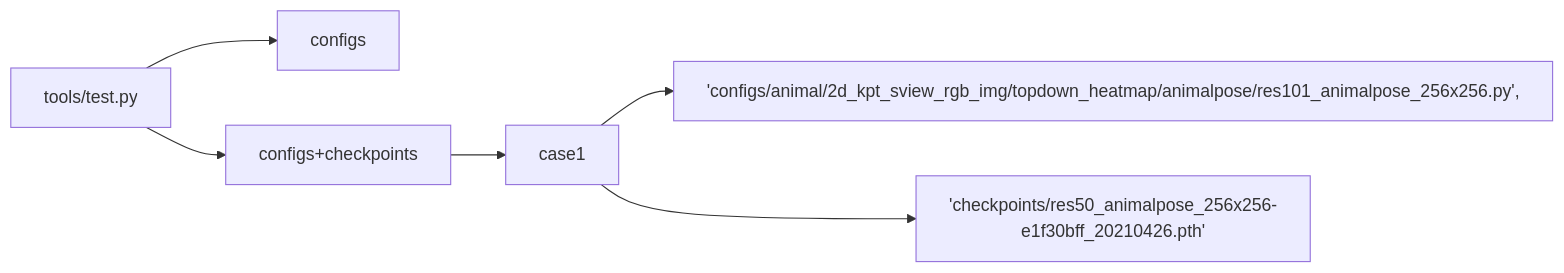
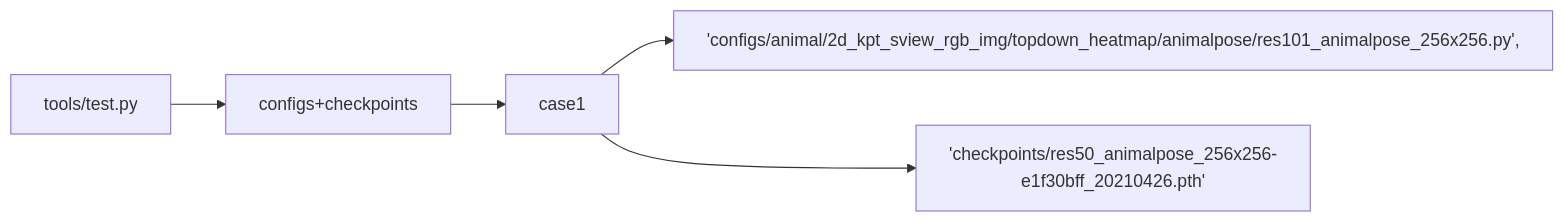
One commit to HiiiXinyiii/openmmlab-ci changed the second of 3 diagrams in e2e/mmpose/README.md. Above: the diagram before and after it, drawn with Mermaid.

Commit message:
update content

````diff
--- a/e2e/mmpose/README.md
+++ b/e2e/mmpose/README.md
@@ -21,8 +21,7 @@
 ```mermaid
 graph LR;
-    tools/test.py-->configs
     tools/test.py-->configs+checkpoints
     configs+checkpoints-->case1
     case1-->'configs/animal/2d_kpt_sview_rgb_img/topdown_heatmap/animalpose/res101_animalpose_256x256.py',
     case1-->'checkpoints/res50_animalpose_256x256-e1f30bff_20210426.pth'
 ```
````
